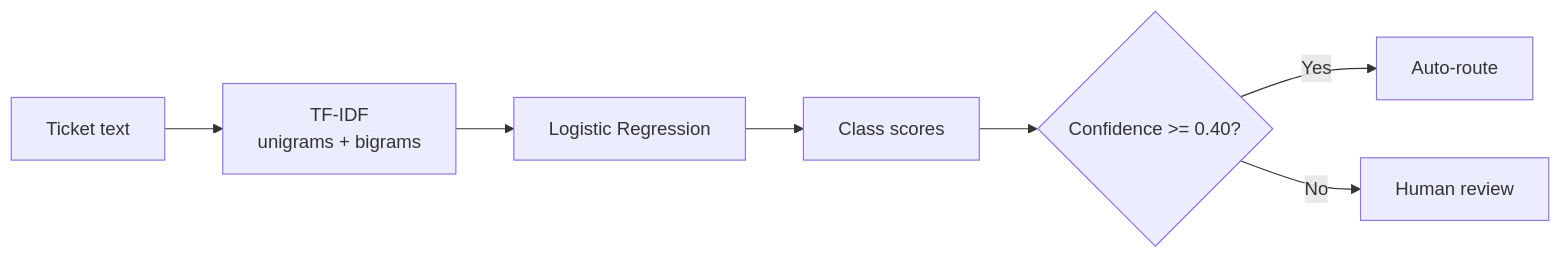
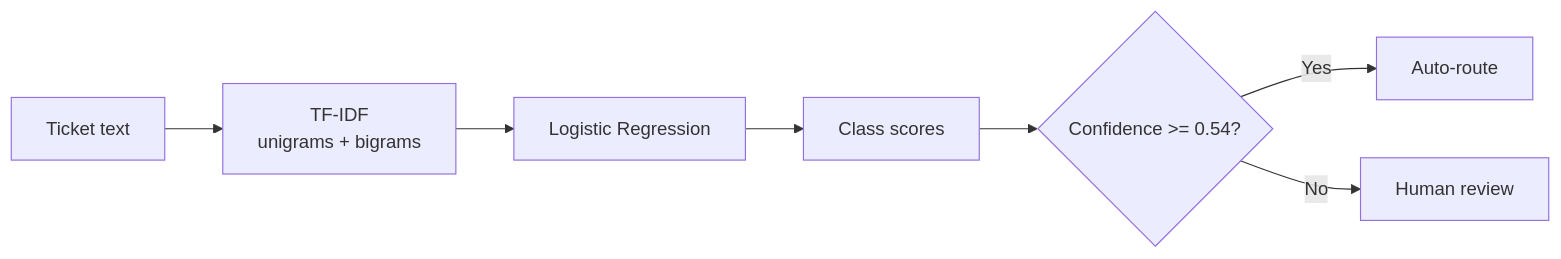
The diagram in README.md (phongisnoob/it-service-ticket-classification), drawn with Mermaid before and after one commit. The commit also changed other lines of this file and 3 other files, not shown here.

````diff
--- a/README.md
+++ b/README.md
@@ -82,9 +84,9 @@
 ```mermaid
 flowchart LR
     A[Ticket text] --> B[TF-IDF<br/>unigrams + bigrams]
     B --> C[Logistic Regression]
     C --> D[Class scores]
-    D --> E{Confidence >= 0.40?}
+    D --> E{Confidence >= 0.54?}
     E -->|Yes| F[Auto-route]
     E -->|No| G[Human review]
 ```
````
